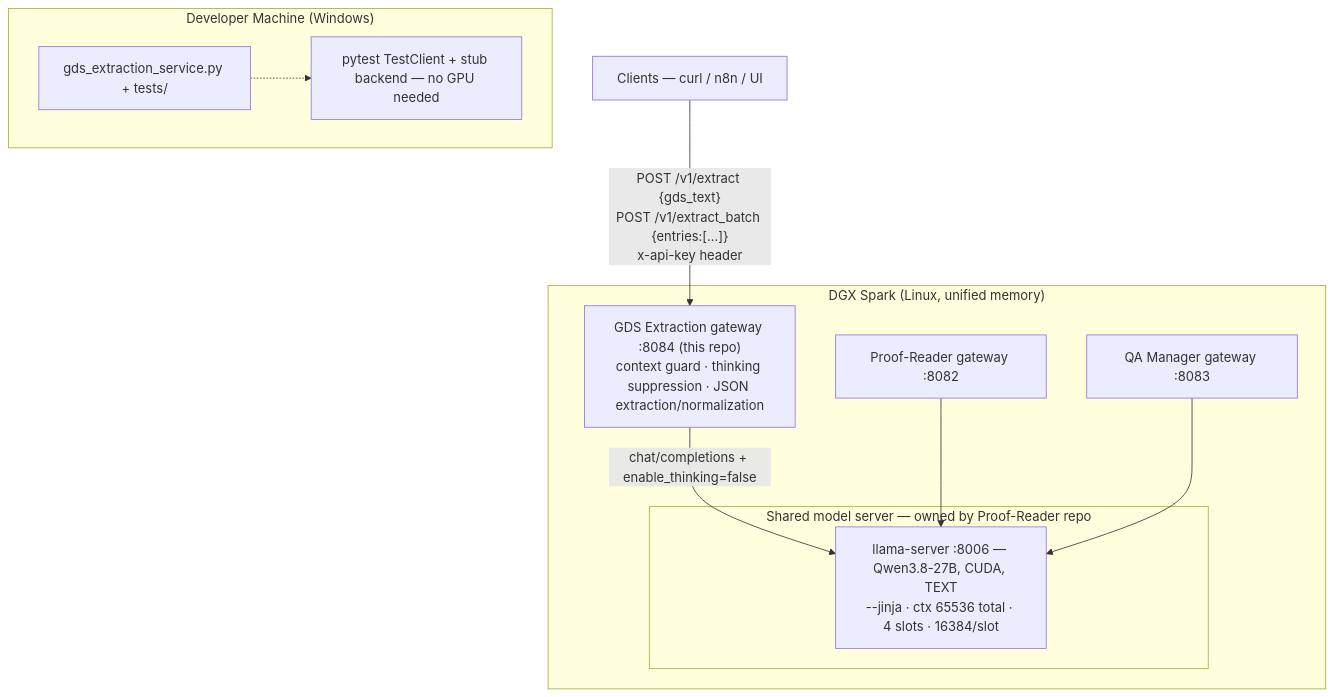
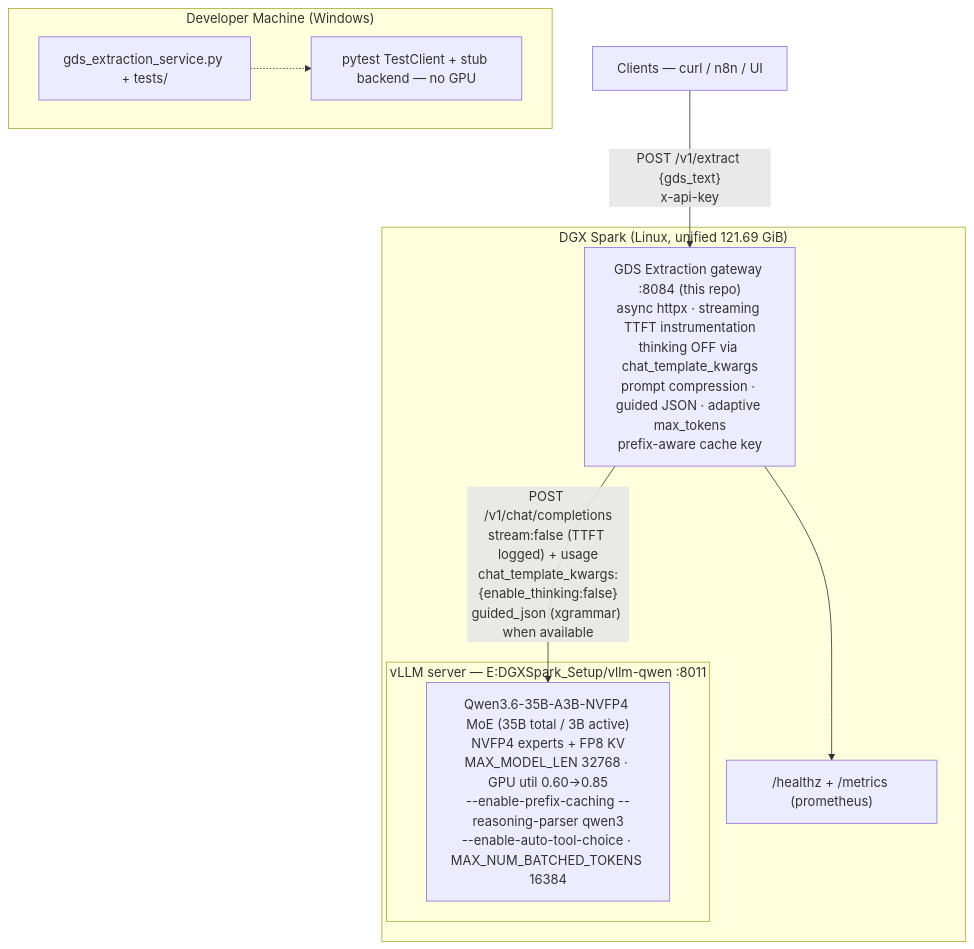
One commit to CholenM/GDS-Extraction changed the diagram in implementation.md. Above: the diagram before and after it, drawn with Mermaid. The commit also changed other lines of this file and 7 other files, not shown here.

````diff
--- a/implementation.md
+++ b/implementation.md
@@ -41,23 +45,21 @@
 ```mermaid
 flowchart TB
     subgraph DEV["Developer Machine (Windows)"]
         CODE[gds_extraction_service.py + tests/]
-        TEST[pytest TestClient + stub backend — no GPU needed]
+        TEST[pytest TestClient + stub backend — no GPU]
     end
 
-    subgraph DGX["DGX Spark (Linux, unified memory)"]
-        subgraph SERVER["Shared model server — owned by Proof-Reader repo"]
-            LLM["llama-server :8006 — Qwen3.8-27B, CUDA, TEXT\n--jinja · ctx 65536 total · 4 slots · 16384/slot"]
+    subgraph DGX["DGX Spark (Linux, unified 121.69 GiB)"]
+        subgraph VLLM["vLLM server — E:DGXSpark_Setup/vllm-qwen :8011"]
+            LLM["Qwen3.6-35B-A3B-NVFP4 MoE (35B total / 3B active)\nNVFP4 experts + FP8 KV\nMAX_MODEL_LEN 32768 · GPU util 0.60→0.85\n--enable-prefix-caching --reasoning-parser qwen3\n--enable-auto-tool-choice · MAX_NUM_BATCHED_TOKENS 16384"]
         end
-        API["GDS Extraction gateway :8084 (this repo)\ncontext guard · thinking suppression · JSON extraction/normalization"]
-        PR["Proof-Reader gateway :8082"]
-        QA["QA Manager gateway :8083"]
+        API["GDS Extraction gateway :8084 (this repo)\nasync httpx · streaming TTFT instrumentation\nthinking OFF via chat_template_kwargs\nprompt compression · guided JSON · adaptive max_tokens\nprefix-aware cache key"]
+        METRICS["/healthz + /metrics (prometheus)"]
     end
 
     CLIENT["Clients — curl / n8n / UI"]
-    CLIENT -->|"POST /v1/extract {gds_text}\nPOST /v1/extract_batch {entries:[…]}\nx-api-key header"| API
-    API -->|"chat/completions + enable_thinking=false"| LLM
-    PR --> LLM
-    QA --> LLM
+    CLIENT -->|"POST /v1/extract {gds_text}\nx-api-key"| API
+    API -->|"POST /v1/chat/completions\nstream:false (TTFT logged) + usage\nchat_template_kwargs:{enable_thinking:false}\nguided_json (xgrammar) when available"| LLM
+    API --> METRICS
     CODE -.-> TEST
 ```
````
